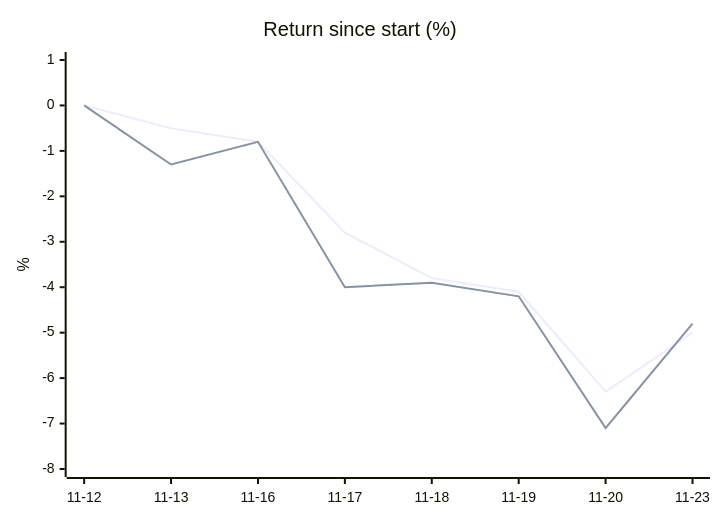
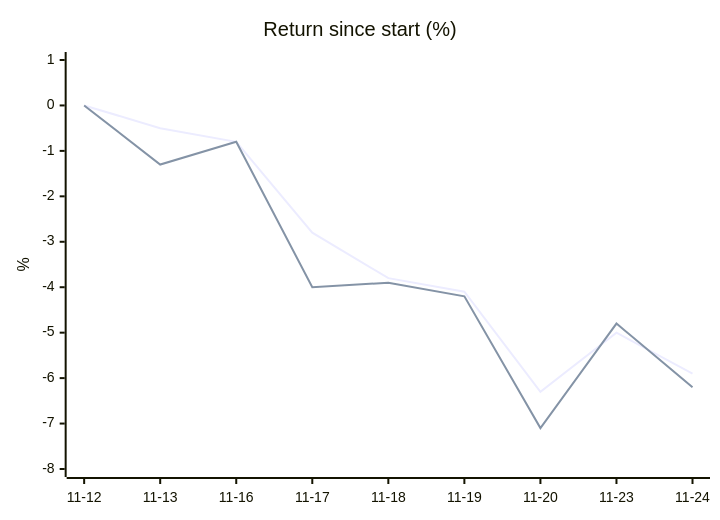
The diagram in 06 - One-Month Trial.md (owlpowell50-creator/trading-bot), drawn with Mermaid before and after one commit. The commit also changed other lines of this file and 17 other files, not shown here.

````diff
--- a/06 - One-Month Trial.md
+++ b/06 - One-Month Trial.md
@@ -36,8 +37,8 @@
 ```mermaid
 xychart-beta
     title "Return since start (%)"
-    x-axis ["11-12", "11-13", "11-16", "11-17", "11-18", "11-19", "11-20", "11-23"]
+    x-axis ["11-12", "11-13", "11-16", "11-17", "11-18", "11-19", "11-20", "11-23", "11-24"]
     y-axis "%" -8 --> 1
-    line [-0.0, -0.5, -0.8, -2.8, -3.8, -4.1, -6.3, -5.0]
-    line [0.0, -1.3, -0.8, -4.0, -3.9, -4.2, -7.1, -4.8]
+    line [-0.0, -0.5, -0.8, -2.8, -3.8, -4.1, -6.3, -5.0, -5.9]
+    line [0.0, -1.3, -0.8, -4.0, -3.9, -4.2, -7.1, -4.8, -6.2]
 ```
````
